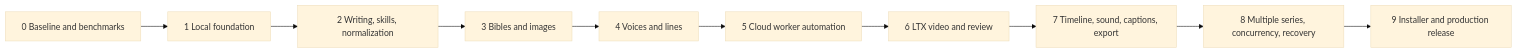
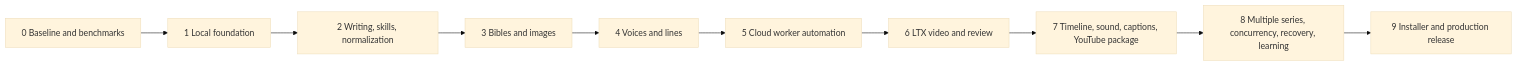
The diagram in docs/IMPLEMENTATION_PLAN.md (sagesta/animated-series-worker), drawn with Mermaid (base theme) before and after one commit. The commit also changed other lines of this file and 19 other files, not shown here.

Commit message:
docs: add YouTube release and learning workflow

````diff
--- a/docs/IMPLEMENTATION_PLAN.md
+++ b/docs/IMPLEMENTATION_PLAN.md
@@ -9,12 +9,12 @@
 ```mermaid
 flowchart LR
     P0[0 Baseline and benchmarks] --> P1[1 Local foundation]
     P1 --> P2[2 Writing, skills, normalization]
     P2 --> P3[3 Bibles and images]
     P3 --> P4[4 Voices and lines]
     P4 --> P5[5 Cloud worker automation]
     P5 --> P6[6 LTX video and review]
-    P6 --> P7[7 Timeline, sound, captions, export]
-    P7 --> P8[8 Multiple series, concurrency, recovery]
+    P6 --> P7[7 Timeline, sound, captions, YouTube package]
+    P7 --> P8[8 Multiple series, concurrency, recovery, learning]
     P8 --> P9[9 Installer and production release]
 ```
````
